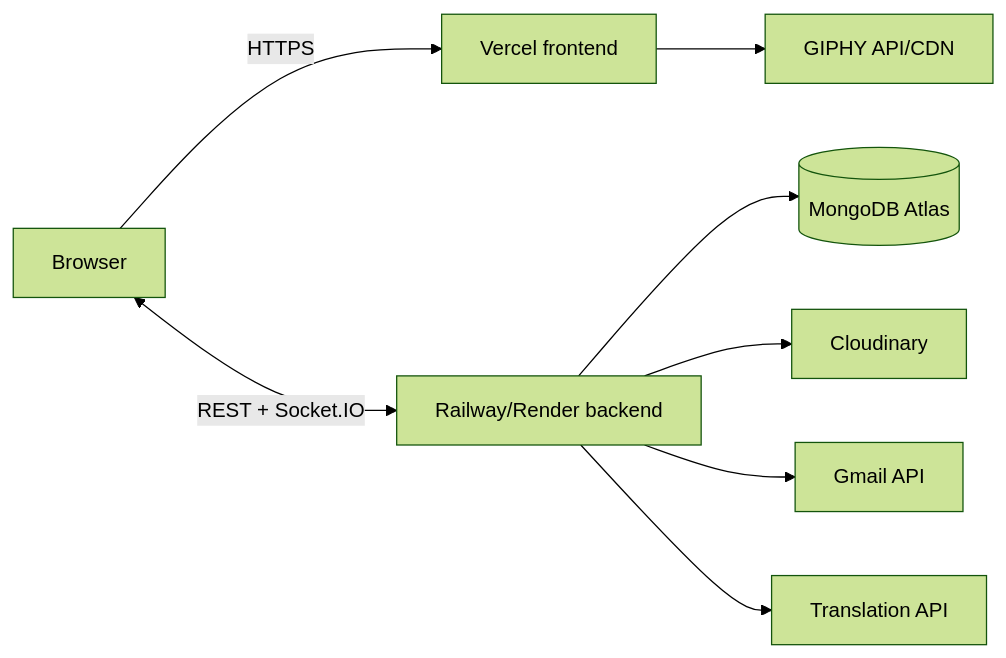
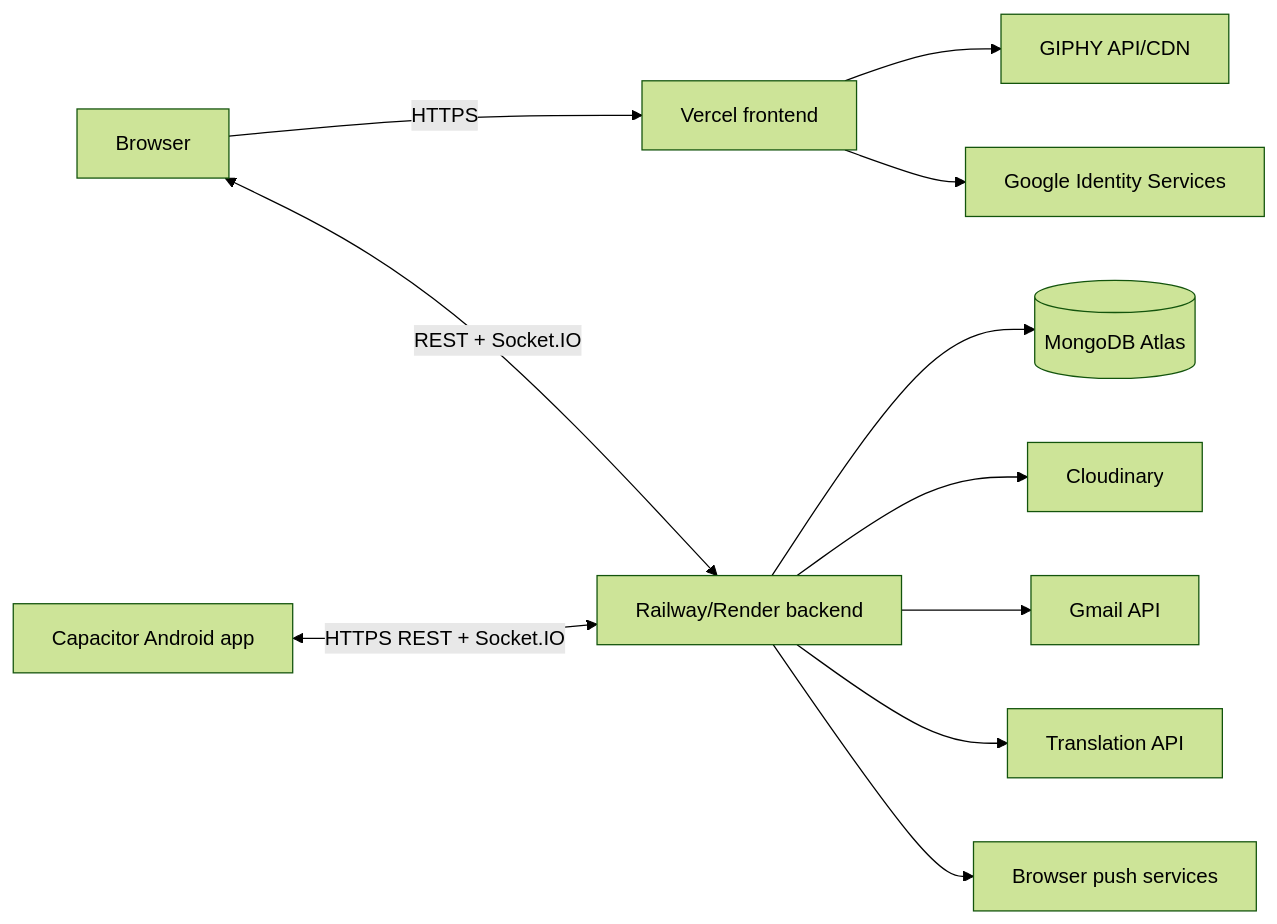
Before and after one commit to Saurav11343/click-chat: the second of 2 diagrams in docs/08-setup-and-deployment.md, drawn with Mermaid (forest theme). The commit also changed other lines of this file and 11 other files, not shown here.

Commit message:
update diagrams

````diff
--- a/docs/08-setup-and-deployment.md
+++ b/docs/08-setup-and-deployment.md
@@ -233,10 +234,13 @@
 ```mermaid
 flowchart LR
     B["Browser"] -->|"HTTPS"| V["Vercel frontend"]
     B <-->|"REST + Socket.IO"| R["Railway/Render backend"]
     R --> M[("MongoDB Atlas")]
     R --> C["Cloudinary"]
     R --> G["Gmail API"]
     R --> T["Translation API"]
+    R --> P["Browser push services"]
     V --> Y["GIPHY API/CDN"]
+    V --> O["Google Identity Services"]
+    A["Capacitor Android app"] <-->|"HTTPS REST + Socket.IO"| R
 ```
````
